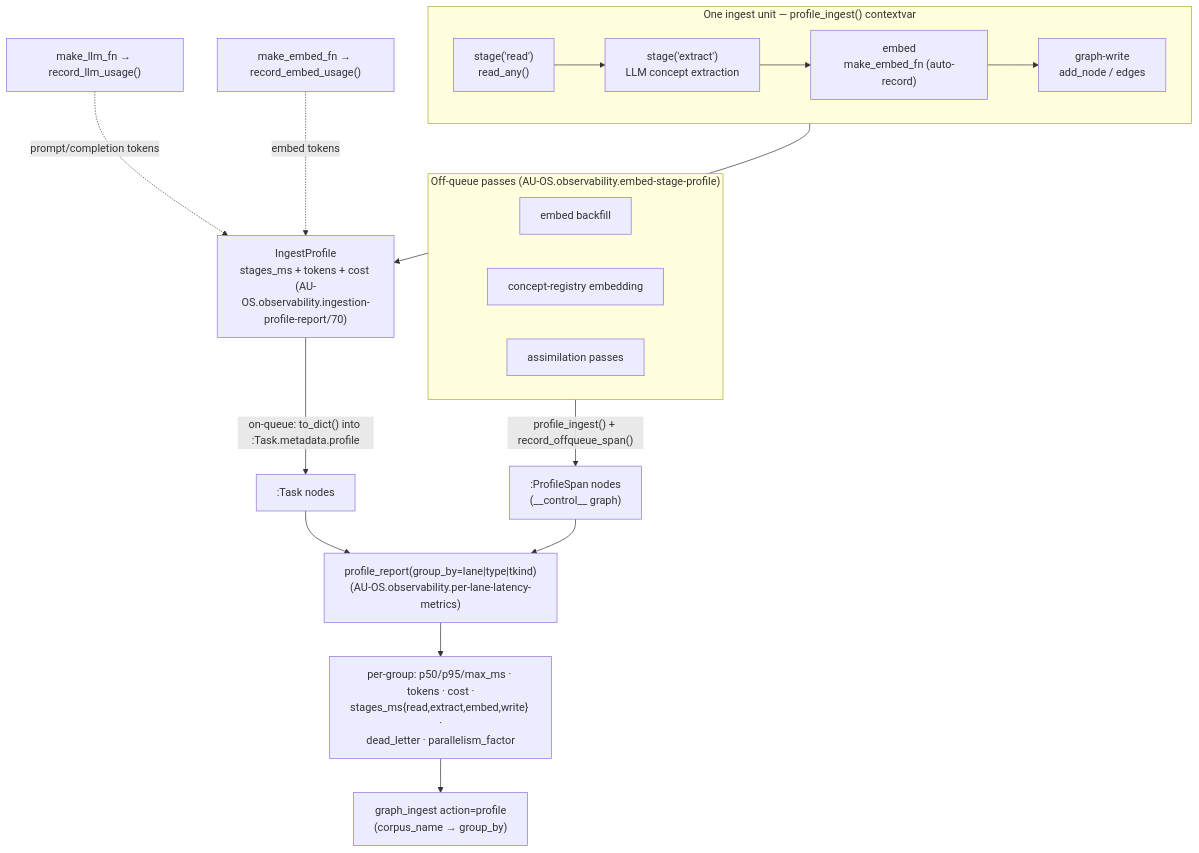
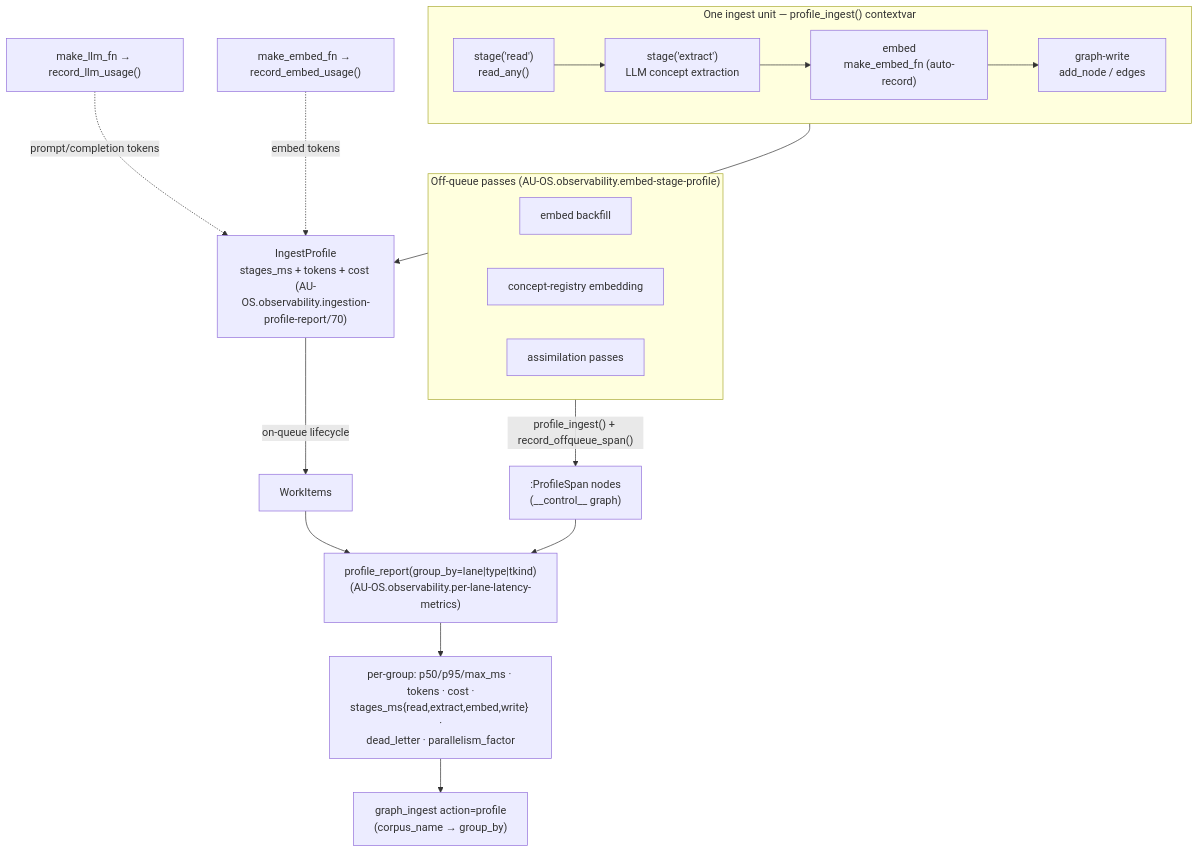
Before and after one commit to Knuckles-Team/agent-utilities: the second of 2 diagrams in docs/architecture/ingestion_throughput.md, drawn with Mermaid. The commit also changed other lines of this file and 3818 other files, not shown here.

````diff
--- a/docs/architecture/ingestion_throughput.md
+++ b/docs/architecture/ingestion_throughput.md
@@ -128,25 +128,25 @@
 ```mermaid
 flowchart TB
     subgraph ONE["One ingest unit — profile_ingest() contextvar"]
         direction LR
         S1["stage('read')<br/>read_any()"] --> S2["stage('extract')<br/>LLM concept extraction"]
         S2 --> S3["embed<br/>make_embed_fn (auto-record)"]
         S3 --> S4["graph-write<br/>add_node / edges"]
     end
     LLMW["make_llm_fn → record_llm_usage()"] -. "prompt/completion tokens" .-> PROF["IngestProfile<br/>stages_ms + tokens + cost (AU-OS.observability.ingestion-profile-report/70)"]
     EMBW["make_embed_fn → record_embed_usage()"] -. "embed tokens" .-> PROF
     ONE --> PROF
-    PROF -->|"on-queue: to_dict() into :Task.metadata.profile"| TASK[":Task nodes"]
+    PROF -->|"on-queue lifecycle"| TASK["WorkItems"]
 
     subgraph OFFQ["Off-queue passes (AU-OS.observability.embed-stage-profile)"]
         BF["embed backfill"]
         CR["concept-registry embedding"]
         AS["assimilation passes"]
     end
     OFFQ -->|"profile_ingest() + record_offqueue_span()"| SPAN[":ProfileSpan nodes<br/>(__control__ graph)"]
 
     TASK --> RPT["profile_report(group_by=lane|type|tkind)<br/>(AU-OS.observability.per-lane-latency-metrics)"]
     SPAN --> RPT
     RPT --> OUT["per-group: p50/p95/max_ms · tokens · cost ·<br/>stages_ms{read,extract,embed,write} ·<br/>dead_letter · parallelism_factor"]
     OUT --> TOOL["graph_ingest action=profile<br/>(corpus_name → group_by)"]
 ```
````
